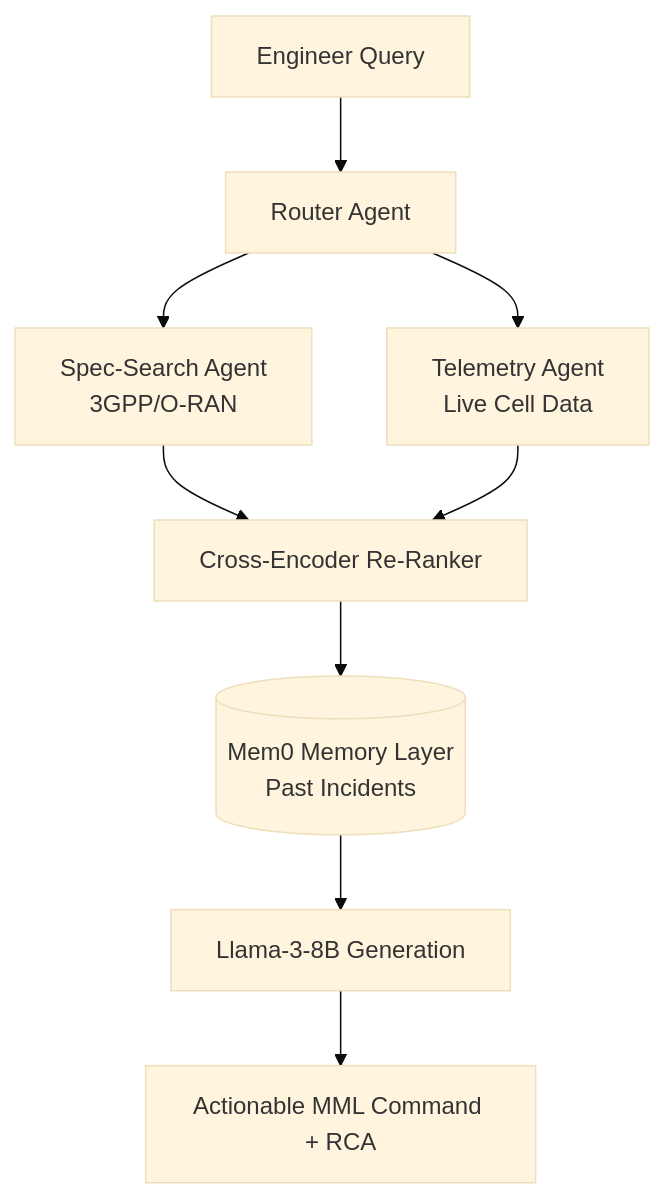
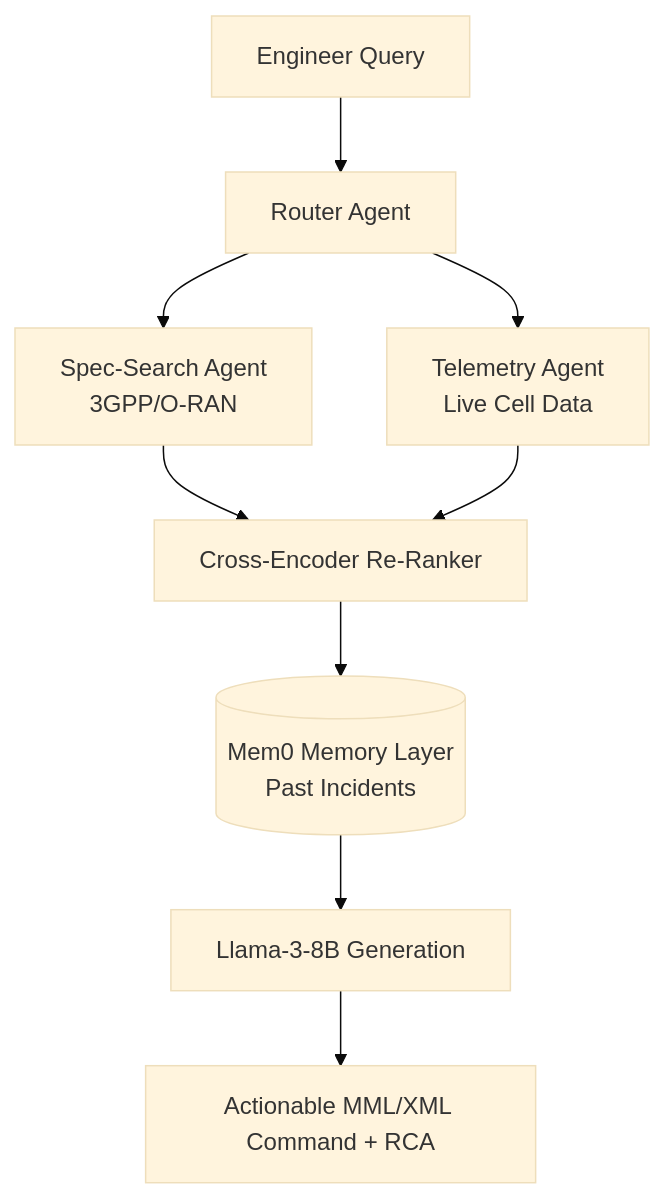
Before and after one commit to A9Sarthak/RANSense-AI: the diagram in README.md, drawn with Mermaid (base theme). The commit also changed other lines of this file, not shown here.

````diff
--- a/README.md
+++ b/README.md
@@ -36,11 +56,11 @@
 ```mermaid
 graph TD
     A[Engineer Query] --> B[Router Agent]
     B --> C[Spec-Search Agent<br>3GPP/O-RAN]
     B --> D[Telemetry Agent<br>Live Cell Data]
     C --> E[Cross-Encoder Re-Ranker]
     D --> E
     E --> F[(Mem0 Memory Layer<br>Past Incidents)]
     F --> G[Llama-3-8B Generation]
-    G --> H[Actionable MML Command + RCA]
+    G --> H[Actionable MML/XML Command + RCA]
 ```
````
